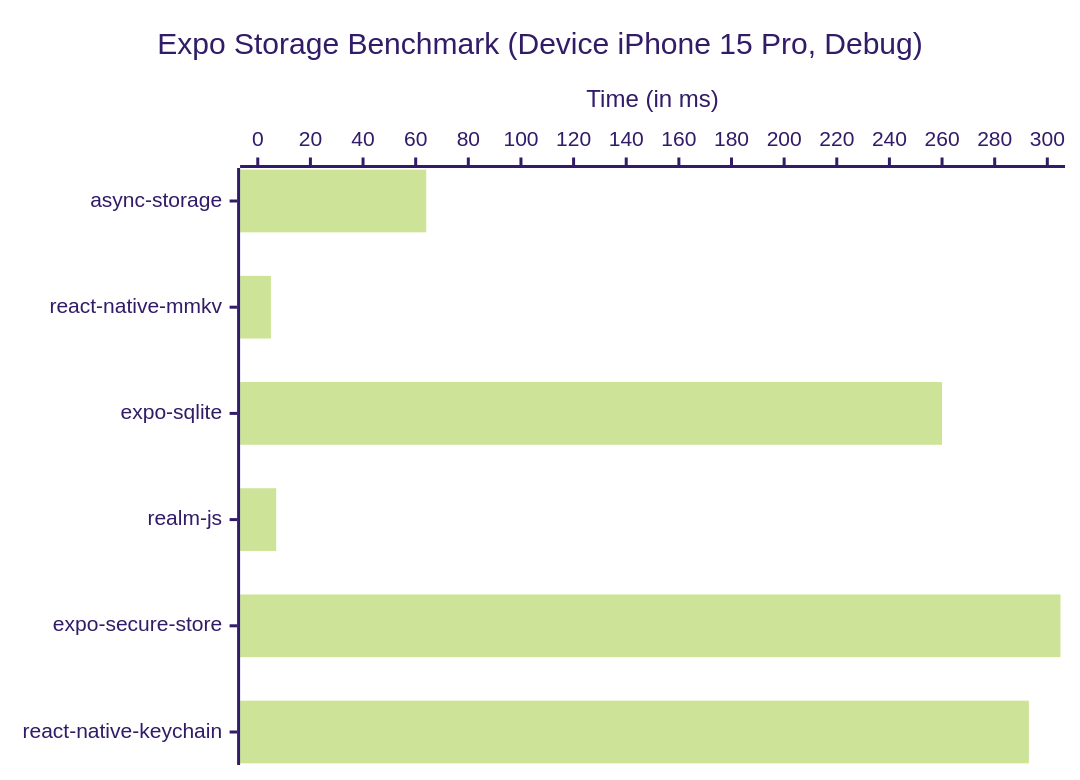
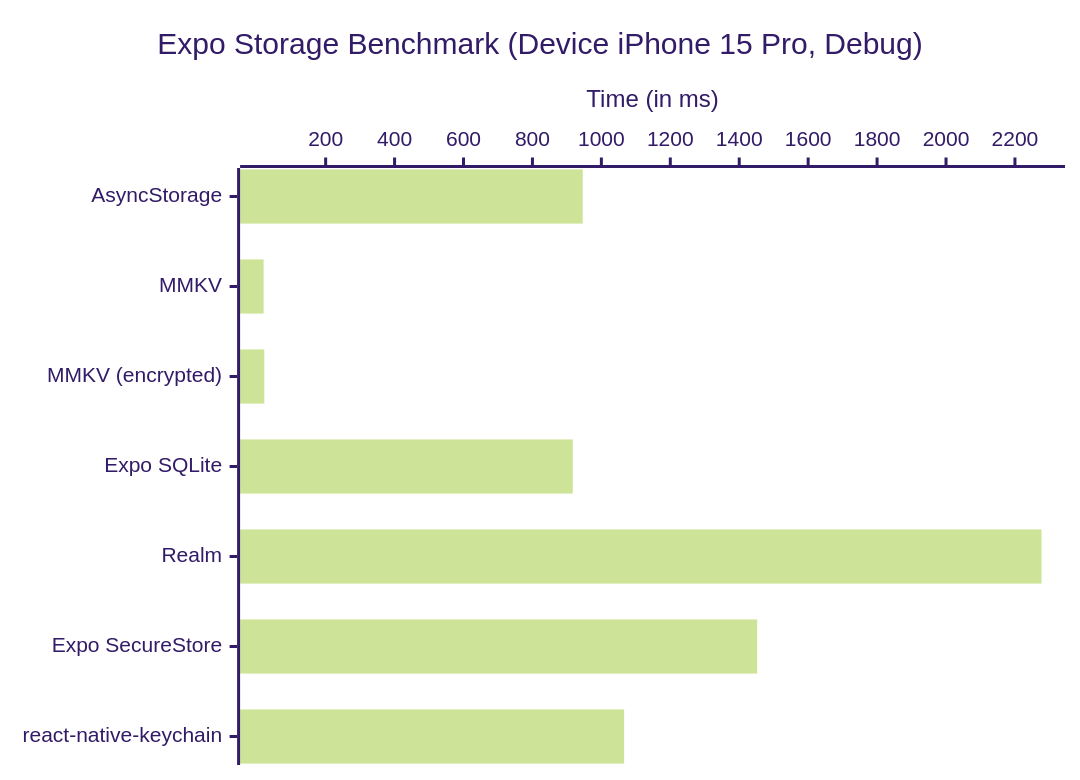
Before and after one commit to pvinis/StorageBenchmark: the second of 3 diagrams in charts.md, drawn with Mermaid. The commit also changed other lines of this file and 16 other files, not shown here.

````diff
--- a/charts.md
+++ b/charts.md
@@ -13,8 +13,8 @@
 ```mermaid
 %%{init: {'theme': 'forest'}}%%
 xychart-beta horizontal
     title "Expo Storage Benchmark (Device iPhone 15 Pro, Debug)"
-    x-axis ["async-storage", "react-native-mmkv", "expo-sqlite", "realm-js", "expo-secure-store", "react-native-keychain"]
-    y-axis "Time (in ms)" 0 --> 300
-    bar [64, 5, 260, 7, 305, 293]
+    x-axis ["AsyncStorage", "MMKV", "MMKV (encrypted)", "Expo SQLite", "Realm", "Expo SecureStore", "react-native-keychain"]
+    y-axis "Time (in ms)"
+    bar [946, 20, 22, 917, 2277, 1452, 1066]
 ```
````
